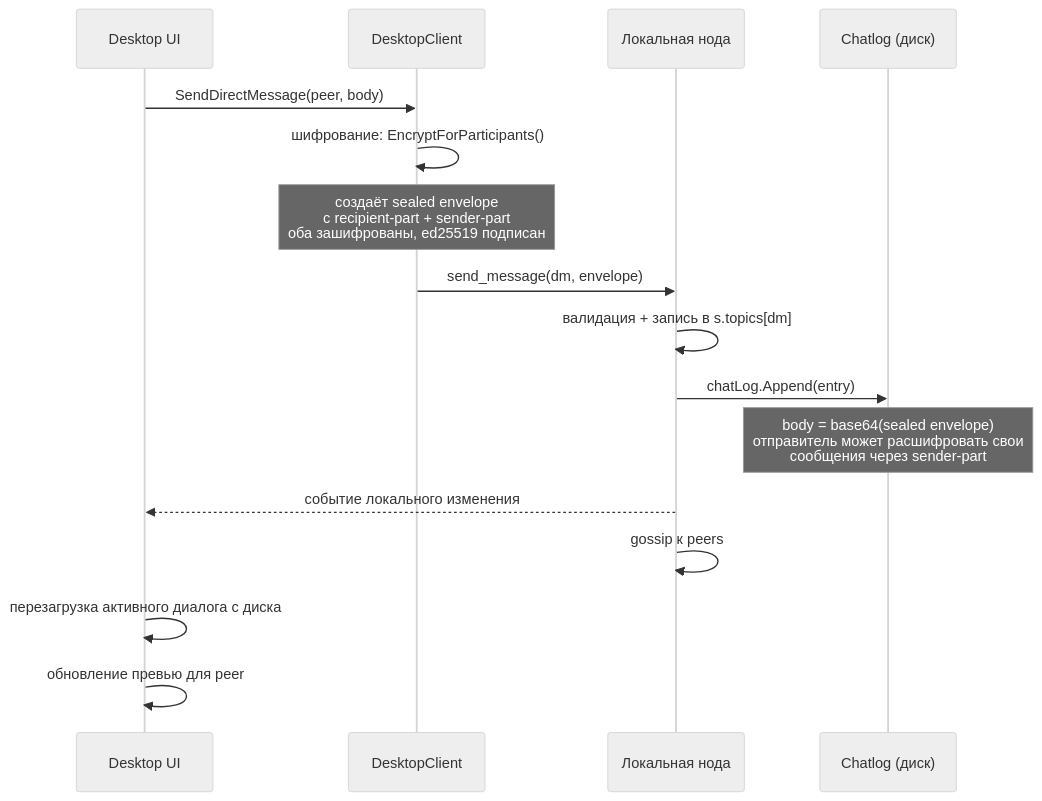
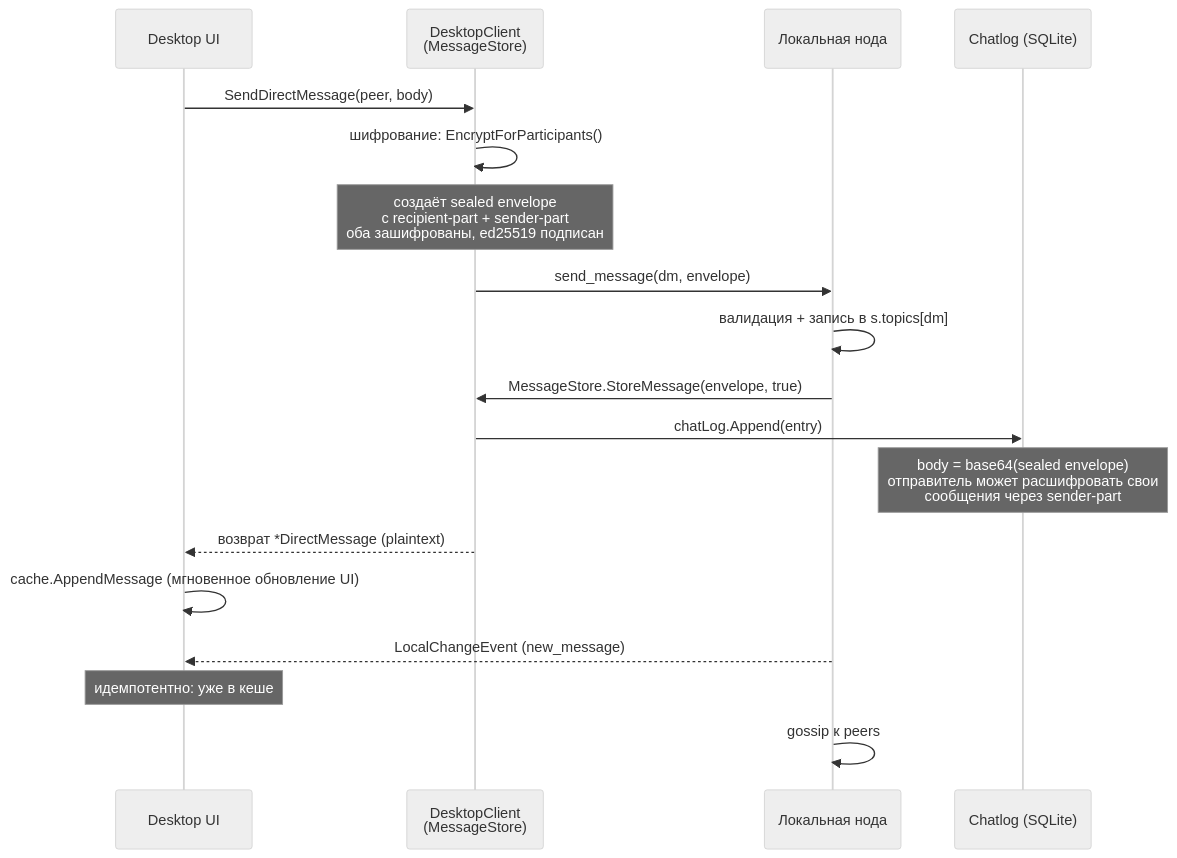
One commit to piratecash/corsa changed diagram 12 of 16 in docs/chatlog.md. Above: the diagram before and after it, drawn with Mermaid (neutral theme). The commit also changed other lines of this file and 35 other files, not shown here.

First line of the commit message:
feat(service): extract DMRouter, migrate chatlog to SQLite, add structured logging

````diff
--- a/docs/chatlog.md
+++ b/docs/chatlog.md
@@ -455,19 +821,21 @@
 ```mermaid
 sequenceDiagram
     participant UI as Desktop UI
-    participant SVC as DesktopClient
+    participant SVC as DesktopClient<br/>(MessageStore)
     participant NODE as Локальная нода
-    participant LOG as Chatlog (диск)
+    participant LOG as Chatlog (SQLite)
 
     UI->>SVC: SendDirectMessage(peer, body)
     SVC->>SVC: шифрование: EncryptForParticipants()
     Note over SVC: создаёт sealed envelope<br/>с recipient-part + sender-part<br/>оба зашифрованы, ed25519 подписан
     SVC->>NODE: send_message(dm, envelope)
     NODE->>NODE: валидация + запись в s.topics[dm]
-    NODE->>LOG: chatLog.Append(entry)
+    NODE->>SVC: MessageStore.StoreMessage(envelope, true)
+    SVC->>LOG: chatLog.Append(entry)
     Note over LOG: body = base64(sealed envelope)<br/>отправитель может расшифровать свои<br/>сообщения через sender-part
-    NODE-->>UI: событие локального изменения
+    SVC-->>UI: возврат *DirectMessage (plaintext)
+    UI->>UI: cache.AppendMessage (мгновенное обновление UI)
+    NODE-->>UI: LocalChangeEvent (new_message)
+    Note over UI: идемпотентно: уже в кеше
     NODE->>NODE: gossip к peers
-    UI->>UI: перезагрузка активного диалога с диска
-    UI->>UI: обновление превью для peer
 ```
````
